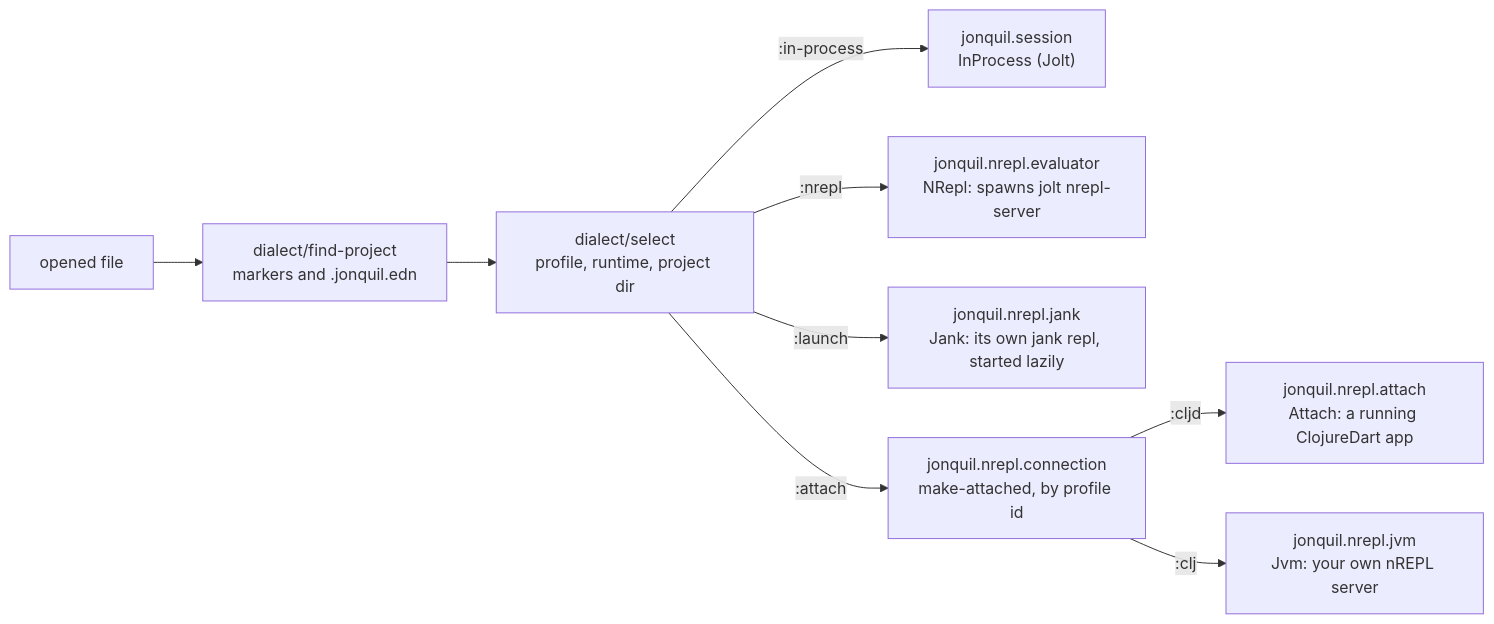
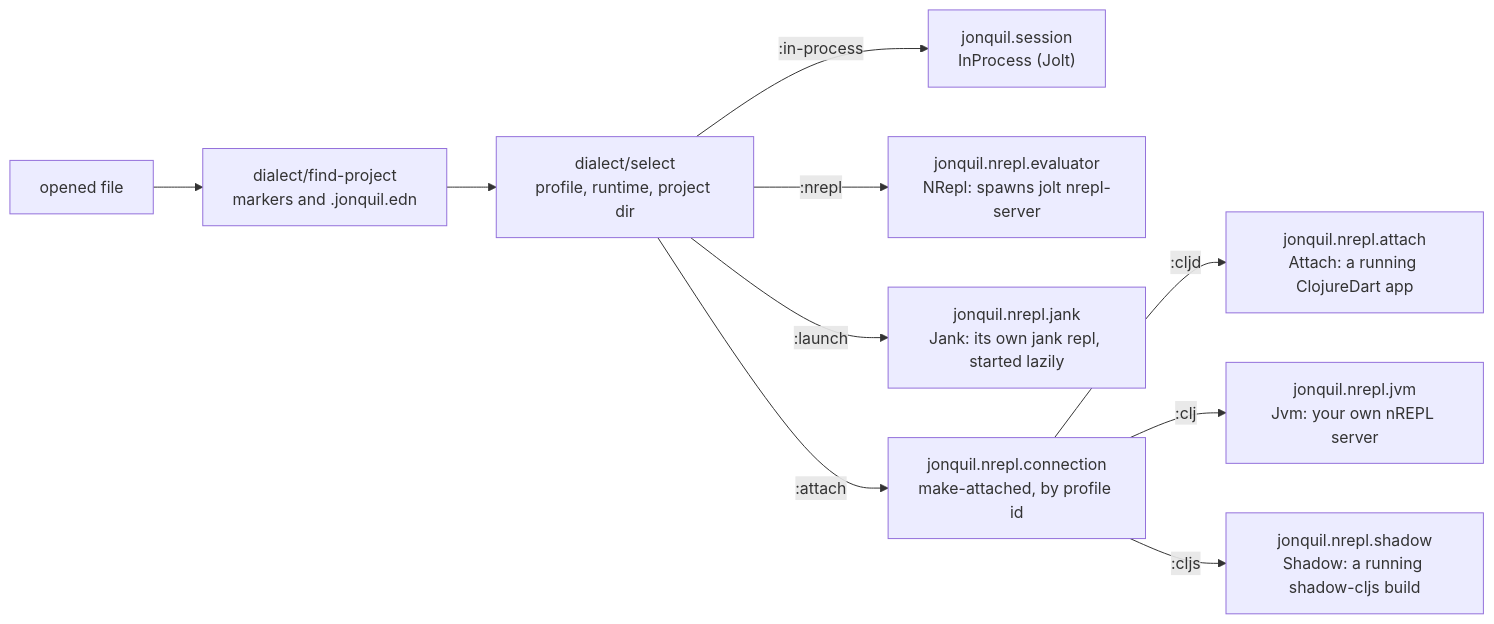
The third of 5 diagrams in docs/guide/architecture.md (b12n-oss/jonquil), drawn with Mermaid before and after one commit. The commit also changed other lines of this file and 4 other files, not shown here.

````diff
--- a/docs/guide/architecture.md
+++ b/docs/guide/architecture.md
@@ -271,11 +271,12 @@
 ```mermaid
 flowchart LR
   file["opened file"] --> fp["dialect/find-project<br/>markers and .jonquil.edn"]
   fp --> sel["dialect/select<br/>profile, runtime, project dir"]
   sel -- ":in-process" --> inproc["jonquil.session<br/>InProcess (Jolt)"]
   sel -- ":nrepl" --> nrepl["jonquil.nrepl.evaluator<br/>NRepl: spawns jolt nrepl-server"]
   sel -- ":launch" --> jankev["jonquil.nrepl.jank<br/>Jank: its own jank repl, started lazily"]
   sel -- ":attach" --> ma["jonquil.nrepl.connection<br/>make-attached, by profile id"]
   ma -- ":cljd" --> attach["jonquil.nrepl.attach<br/>Attach: a running ClojureDart app"]
   ma -- ":clj" --> jvm["jonquil.nrepl.jvm<br/>Jvm: your own nREPL server"]
+  ma -- ":cljs" --> shadow["jonquil.nrepl.shadow<br/>Shadow: a running shadow-cljs build"]
 ```
````
